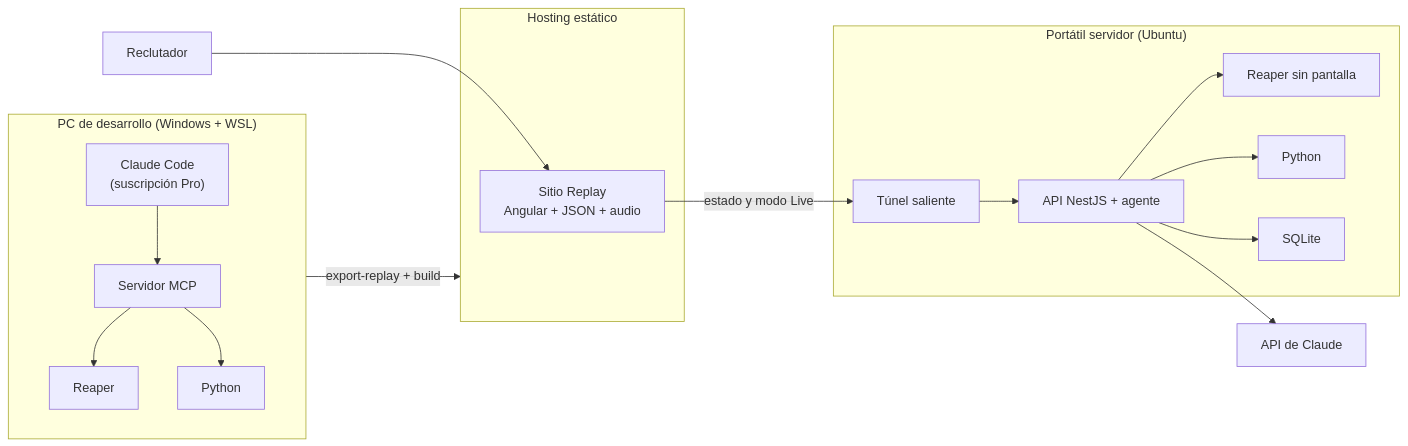
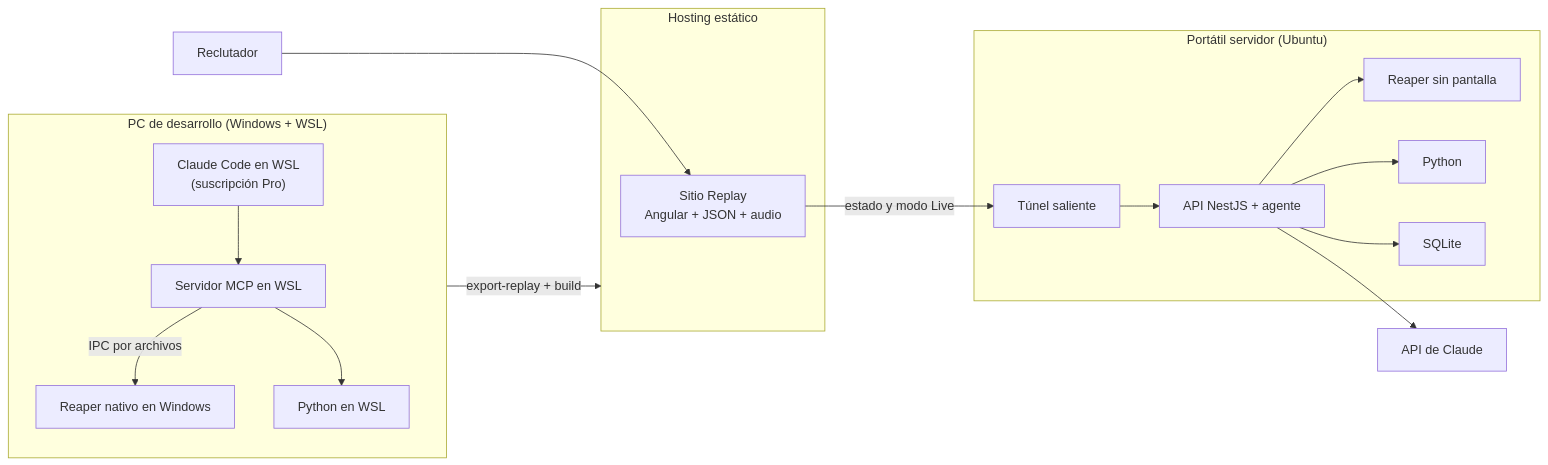
One commit to CristianAntVal85/Reaper-Copilot changed the third of 3 diagrams in docs/reaper-copilot.md. Above: the diagram before and after it, drawn with Mermaid. The commit also changed other lines of this file and 3 other files, not shown here.

Commit message:
docs: move dev Reaper to native Windows with path translation (v2.3)

````diff
--- a/docs/reaper-copilot.md
+++ b/docs/reaper-copilot.md
@@ -366,21 +373,21 @@
 ```mermaid
 flowchart LR
     subgraph DEV["PC de desarrollo (Windows + WSL)"]
-        CC["Claude Code<br/>(suscripción Pro)"] --> MCPS["Servidor MCP"]
-        MCPS --> RD["Reaper"]
-        MCPS --> PD["Python"]
+        CC["Claude Code en WSL<br/>(suscripción Pro)"] --> MCPS["Servidor MCP en WSL"]
+        MCPS -- "IPC por archivos" --> RD["Reaper nativo en Windows"]
+        MCPS --> PD["Python en WSL"]
     end
     subgraph HOST["Hosting estático"]
         REP["Sitio Replay<br/>Angular + JSON + audio"]
     end
     subgraph SRV["Portátil servidor (Ubuntu)"]
         TUN["Túnel saliente"] --> APIS["API NestJS + agente"]
         APIS --> RS["Reaper sin pantalla"]
         APIS --> PS["Python"]
         APIS --> DB["SQLite"]
     end
     DEV -- "export-replay + build" --> HOST
     VIS["Reclutador"] --> REP
     REP -- "estado y modo Live" --> TUN
     APIS --> ANT["API de Claude"]
 ```
````
